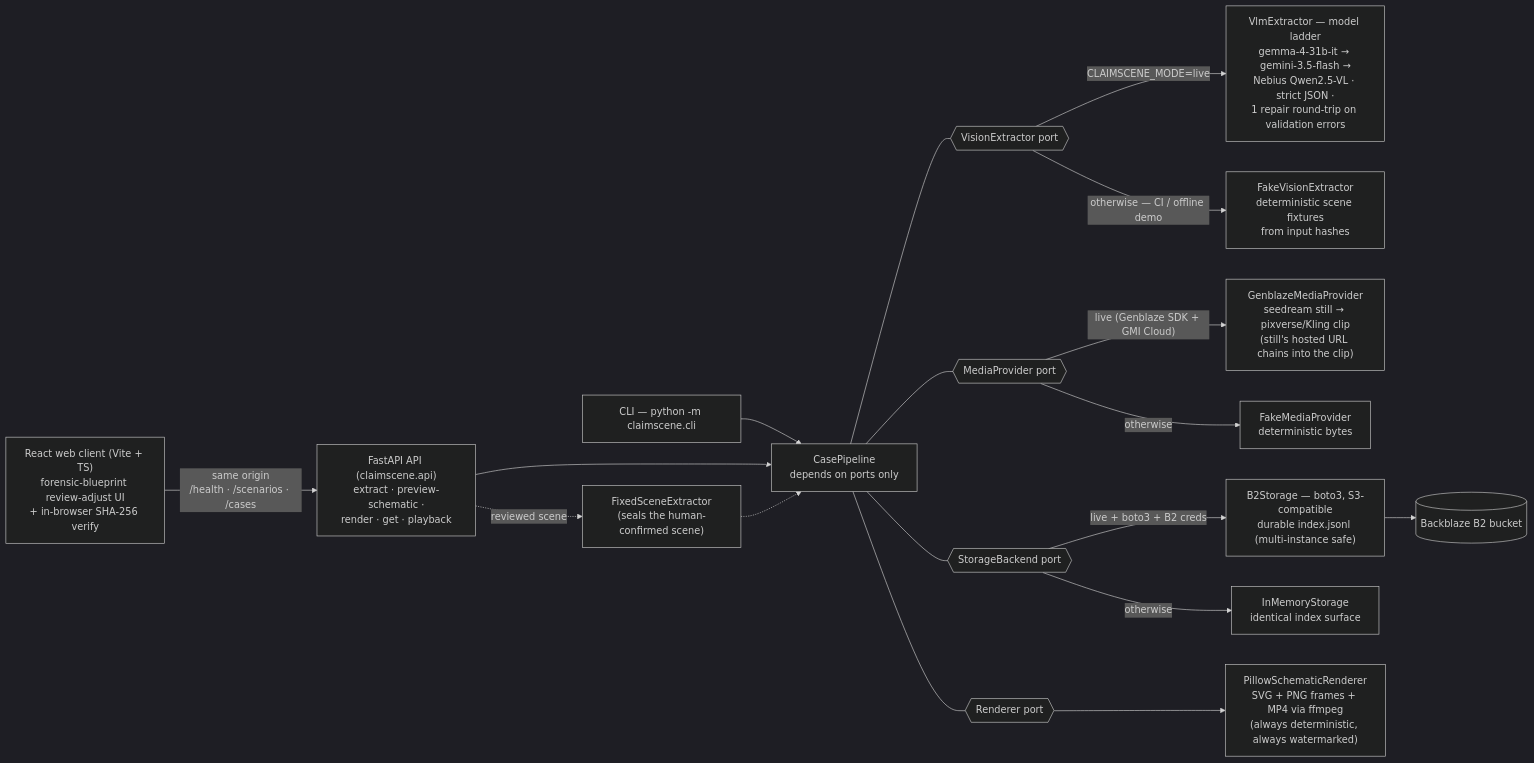
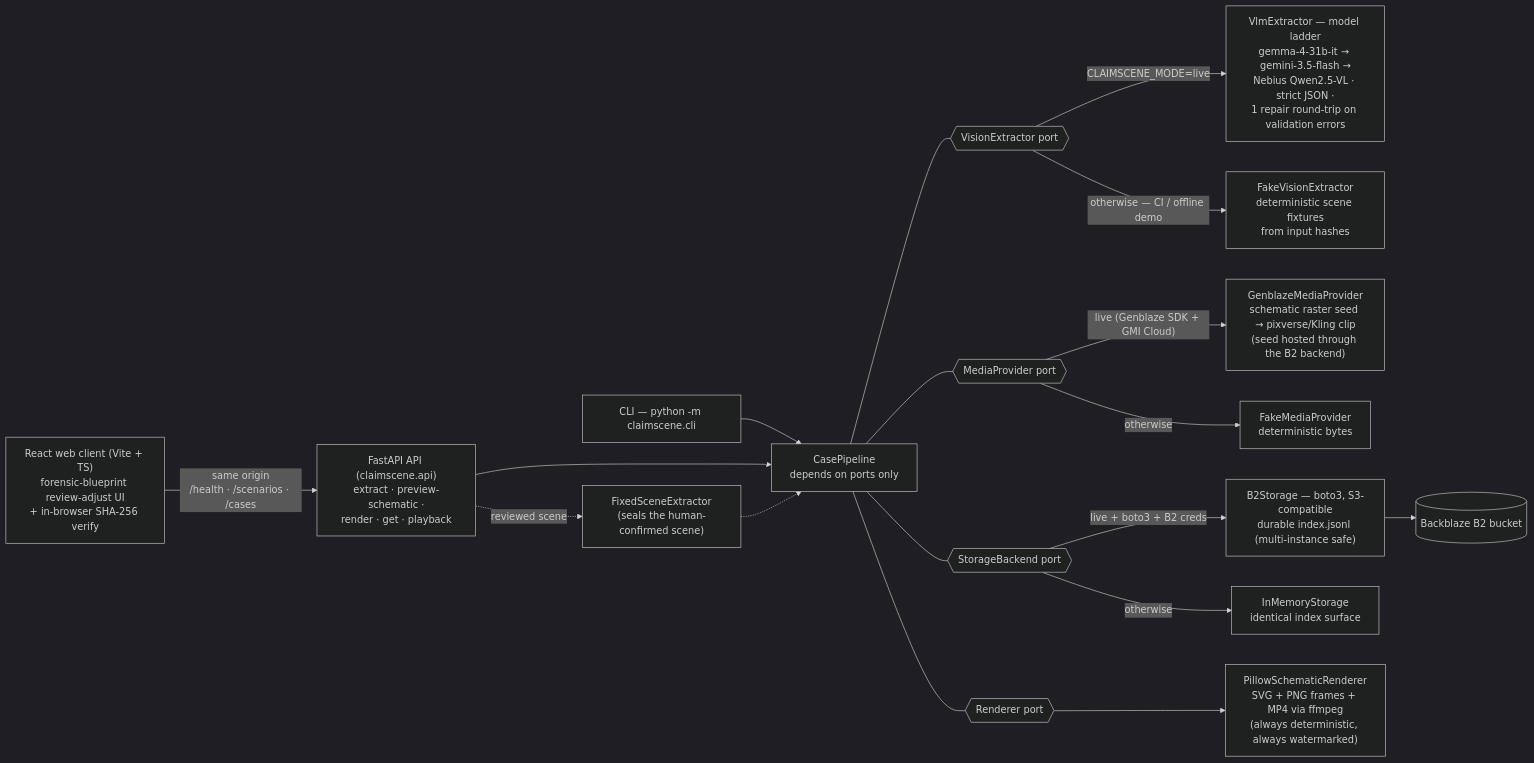
One commit to upgradedev/claimscene changed the second of 2 diagrams in README.md. Above: the diagram before and after it, drawn with Mermaid (dark theme). The commit also changed other lines of this file and 11 other files, not shown here.

First line of the commit message:
feat(illustration): seed the clip from the deterministic schematic (#26)

````diff
--- a/README.md
+++ b/README.md
@@ -73,20 +75,20 @@
 ```mermaid
 flowchart LR
     WEB["React web client (Vite + TS)<br/>forensic-blueprint review-adjust UI<br/>+ in-browser SHA-256 verify"] -->|"same origin<br/>/health · /scenarios · /cases"| API
     CLI["CLI — python -m claimscene.cli"] --> PIPE
     API["FastAPI API (claimscene.api)<br/>extract · preview-schematic ·<br/>render · get · playback"] --> PIPE["CasePipeline<br/>depends on ports only"]
     API -.->|"reviewed scene"| FSE["FixedSceneExtractor<br/>(seals the human-confirmed scene)"]
     FSE -.-> PIPE
     PIPE --- VE{{"VisionExtractor port"}}
     PIPE --- MP{{"MediaProvider port"}}
     PIPE --- SB{{"StorageBackend port"}}
     PIPE --- RD{{"Renderer port"}}
     VE -->|"CLAIMSCENE_MODE=live"| VEL["VlmExtractor — model ladder<br/>gemma-4-31b-it → gemini-3.5-flash →<br/>Nebius Qwen2.5-VL · strict JSON ·<br/>1 repair round-trip on validation errors"]
     VE -->|"otherwise — CI / offline demo"| VEF["FakeVisionExtractor<br/>deterministic scene fixtures<br/>from input hashes"]
-    MP -->|"live (Genblaze SDK + GMI Cloud)"| MPL["GenblazeMediaProvider<br/>seedream still → pixverse/Kling clip<br/>(still's hosted URL chains into the clip)"]
+    MP -->|"live (Genblaze SDK + GMI Cloud)"| MPL["GenblazeMediaProvider<br/>schematic raster seed → pixverse/Kling clip<br/>(seed hosted through the B2 backend)"]
     MP -->|"otherwise"| MPF["FakeMediaProvider<br/>deterministic bytes"]
     SB -->|"live + boto3 + B2 creds"| B2S["B2Storage — boto3, S3-compatible<br/>durable index.jsonl (multi-instance safe)"]
     SB -->|"otherwise"| IMS["InMemoryStorage<br/>identical index surface"]
     RD --> PSR["PillowSchematicRenderer<br/>SVG + PNG frames + MP4 via ffmpeg<br/>(always deterministic, always watermarked)"]
     B2S --> B2[("Backblaze B2 bucket")]
 ```
````
